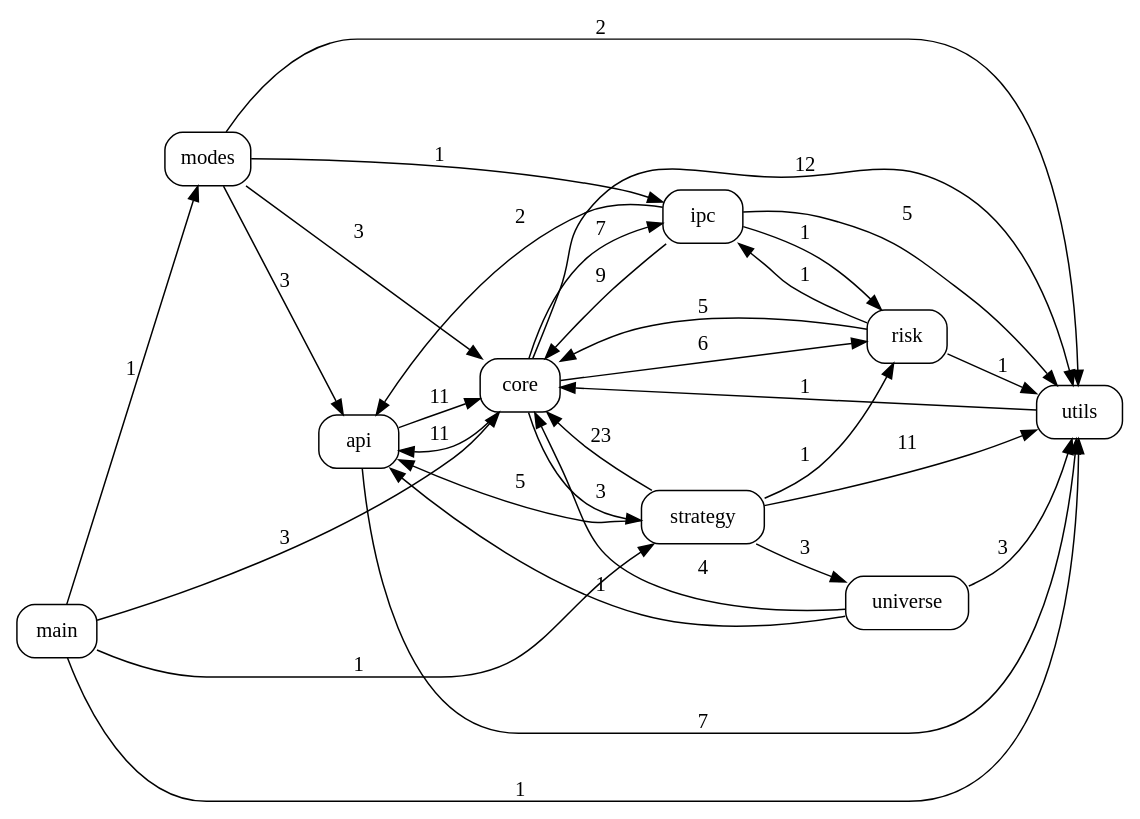
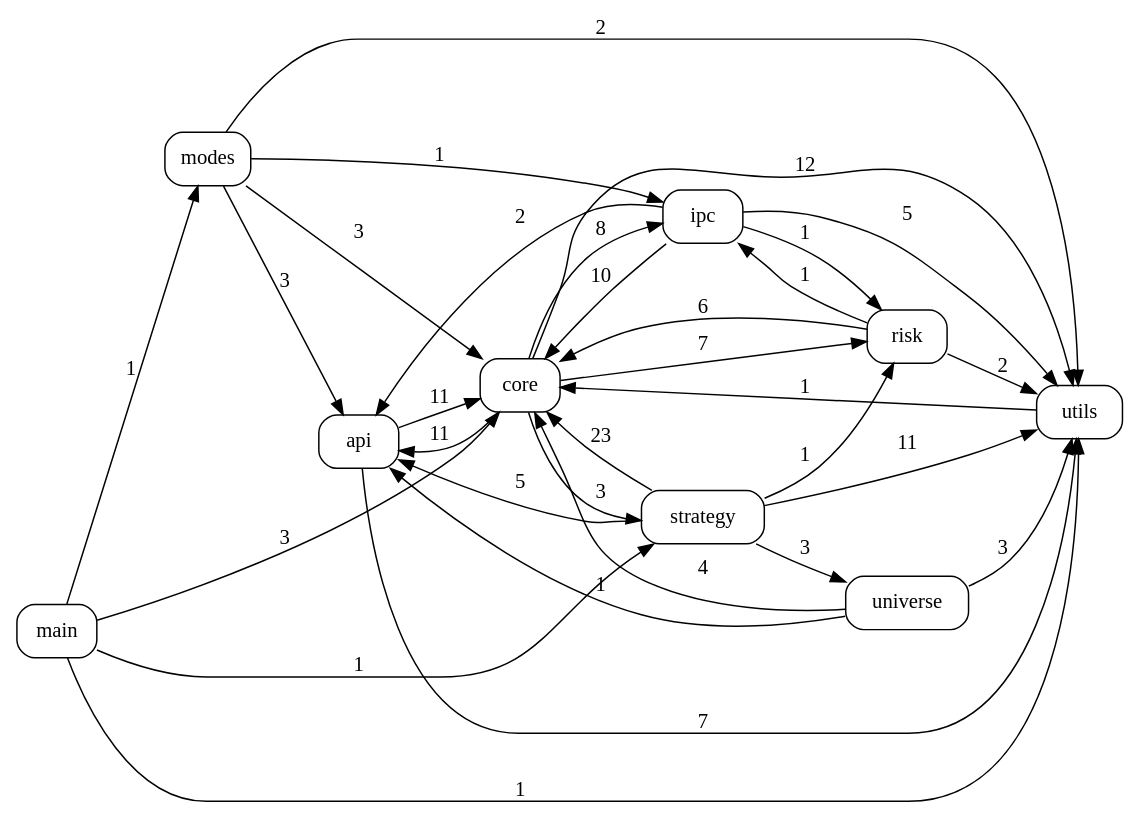
Before and after one commit to pypy8171/Quant: the diagram in docs/code_graph.dot, drawn with Graphviz. The commit also changed 21 other files, not shown here.

```diff
--- a/docs/code_graph.dot
+++ b/docs/code_graph.dot
@@ -1,44 +1,44 @@
 digraph code_graph {
   rankdir=LR;
   node [shape=box, style=rounded, fontname="Consolas"];
   "api";
   "core";
   "ipc";
   "main";
   "modes";
   "risk";
   "strategy";
   "universe";
   "utils";
   "api" -> "core" [label="11"];
   "api" -> "utils" [label="7"];
   "core" -> "api" [label="11"];
-  "core" -> "ipc" [label="7"];
-  "core" -> "risk" [label="6"];
+  "core" -> "ipc" [label="8"];
+  "core" -> "risk" [label="7"];
   "core" -> "strategy" [label="3"];
   "core" -> "utils" [label="12"];
   "ipc" -> "api" [label="2"];
-  "ipc" -> "core" [label="9"];
+  "ipc" -> "core" [label="10"];
   "ipc" -> "risk" [label="1"];
   "ipc" -> "utils" [label="5"];
   "main" -> "core" [label="3"];
   "main" -> "modes" [label="1"];
   "main" -> "strategy" [label="1"];
   "main" -> "utils" [label="1"];
   "modes" -> "api" [label="3"];
   "modes" -> "core" [label="3"];
   "modes" -> "ipc" [label="1"];
   "modes" -> "utils" [label="2"];
-  "risk" -> "core" [label="5"];
+  "risk" -> "core" [label="6"];
   "risk" -> "ipc" [label="1"];
-  "risk" -> "utils" [label="1"];
+  "risk" -> "utils" [label="2"];
   "strategy" -> "api" [label="5"];
   "strategy" -> "core" [label="23"];
   "strategy" -> "risk" [label="1"];
   "strategy" -> "universe" [label="3"];
   "strategy" -> "utils" [label="11"];
   "universe" -> "api" [label="1"];
   "universe" -> "core" [label="4"];
   "universe" -> "utils" [label="3"];
   "utils" -> "core" [label="1"];
 }
```
